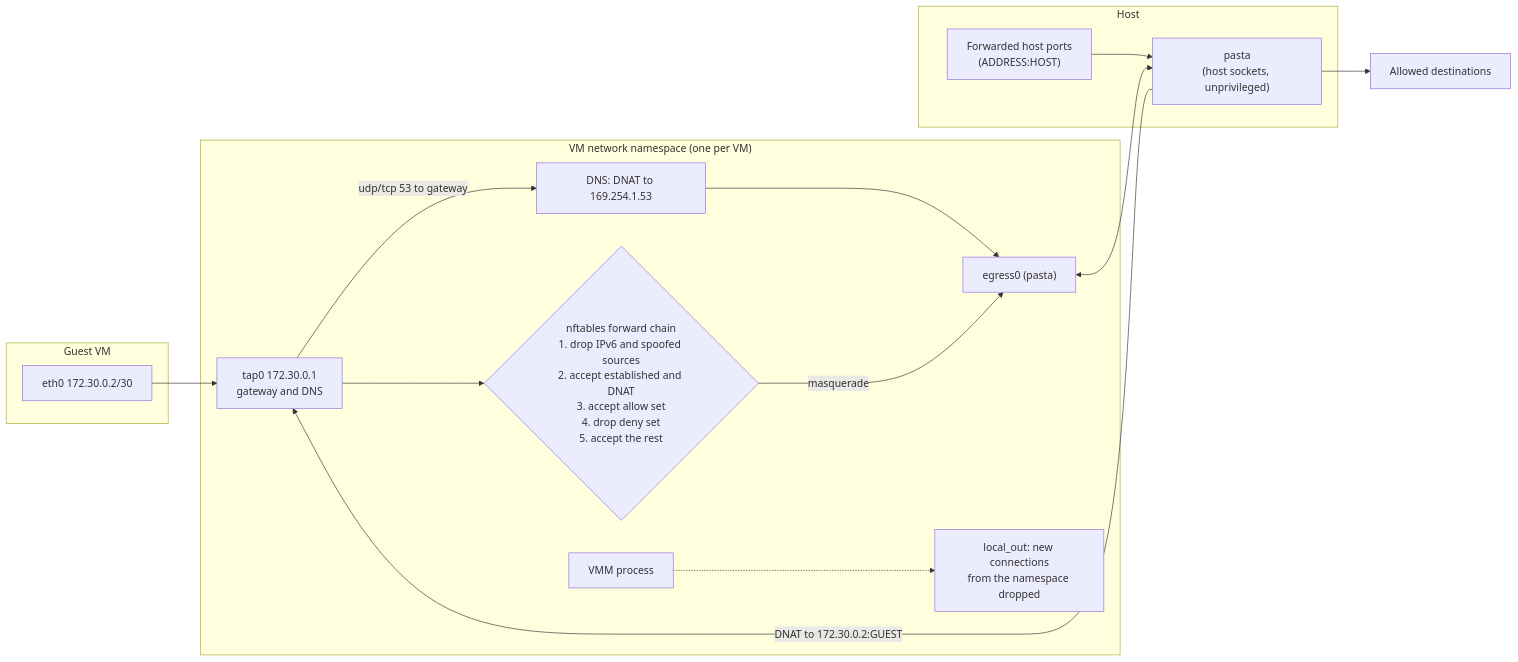
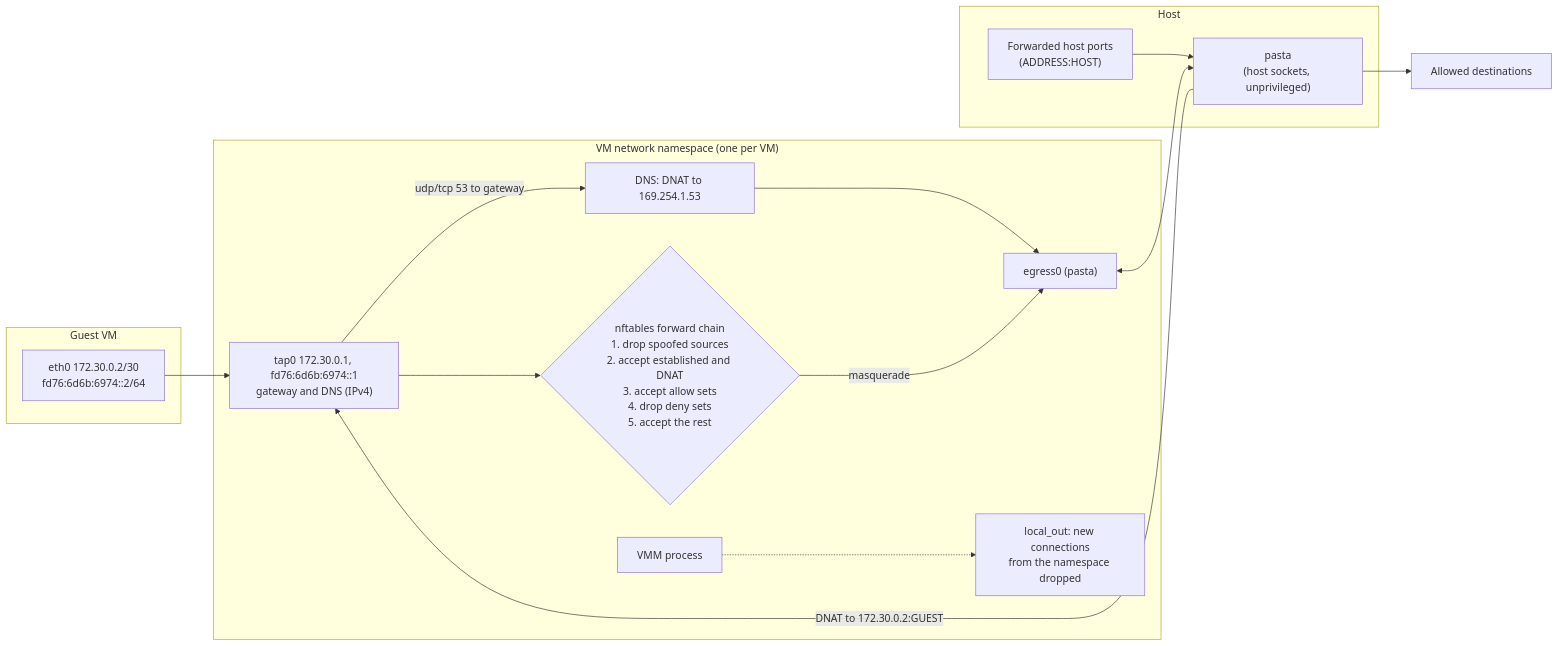
The third of 4 diagrams in README.md (AlfonsoCampodonico/vmkit), drawn with Mermaid before and after one commit. The commit also changed other lines of this file, not shown here.

Commit message:
docs: IPv6 egress for the tap network

````diff
--- a/README.md
+++ b/README.md
@@ -211,31 +211,31 @@
 ```mermaid
 flowchart LR
     subgraph guest["Guest VM"]
-        eth0["eth0 172.30.0.2/30"]
+        eth0["eth0 172.30.0.2/30<br/>fd76:6d6b:6974::2/64"]
     end
 
     subgraph ns["VM network namespace (one per VM)"]
-        tap["tap0 172.30.0.1<br/>gateway and DNS"]
-        fwd{"nftables forward chain<br/>1. drop IPv6 and spoofed sources<br/>2. accept established and DNAT<br/>3. accept allow set<br/>4. drop deny set<br/>5. accept the rest"}
+        tap["tap0 172.30.0.1, fd76:6d6b:6974::1<br/>gateway and DNS (IPv4)"]
+        fwd{"nftables forward chain<br/>1. drop spoofed sources<br/>2. accept established and DNAT<br/>3. accept allow sets<br/>4. drop deny sets<br/>5. accept the rest"}
         dns["DNS: DNAT to 169.254.1.53"]
         egress0["egress0 (pasta)"]
         vmmproc["VMM process"]
         localout["local_out: new connections<br/>from the namespace dropped"]
     end
 
     subgraph host["Host"]
         pasta["pasta<br/>(host sockets, unprivileged)"]
         ports["Forwarded host ports<br/>(ADDRESS:HOST)"]
     end
 
     internet["Allowed destinations"]
 
     eth0 --> tap
     tap -->|"udp/tcp 53 to gateway"| dns --> egress0
     tap --> fwd -->|"masquerade"| egress0
     egress0 <--> pasta
     pasta --> internet
     ports --> pasta
     pasta -->|"DNAT to 172.30.0.2:GUEST"| tap
     vmmproc -.-> localout
 ```
````
